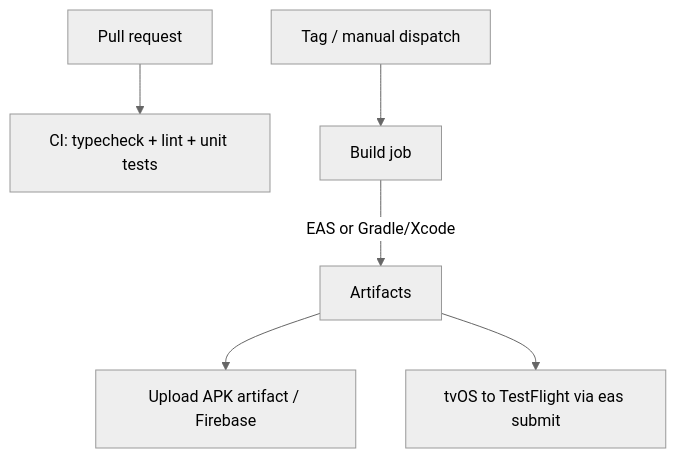
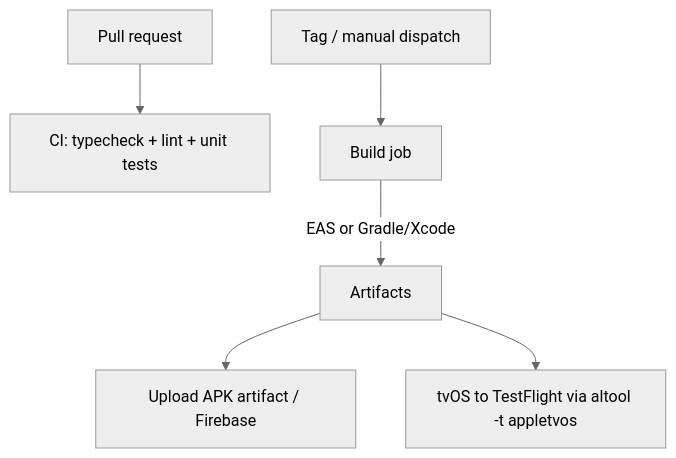
One commit to antoine-lombardo/argus changed the fourth of 5 diagrams in docs/PACKAGING.md. Above: the diagram before and after it, drawn with Mermaid (neutral theme). The commit also changed other lines of this file and 2 other files, not shown here.

First line of the commit message:
ci(tvOS): submit via altool -t appletvos instead of eas submit

````diff
--- a/docs/PACKAGING.md
+++ b/docs/PACKAGING.md
@@ -173,8 +178,8 @@
 ```mermaid
 flowchart TB
   PR[Pull request] --> CI[CI: typecheck + lint + unit tests]
   Tag[Tag / manual dispatch] --> Build[Build job]
   Build -->|EAS or Gradle/Xcode| Artifacts
   Artifacts --> Store1[Upload APK artifact / Firebase]
-  Artifacts --> Store2[tvOS to TestFlight via eas submit]
+  Artifacts --> Store2[tvOS to TestFlight via altool -t appletvos]
 ```
````
